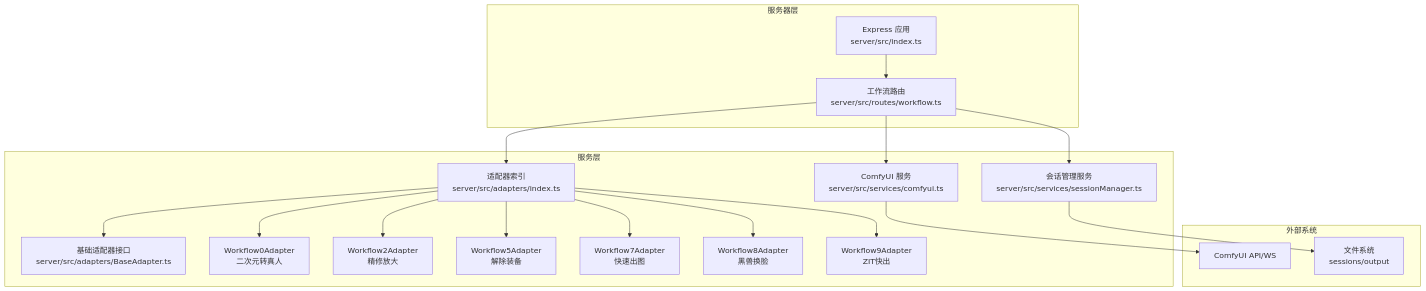
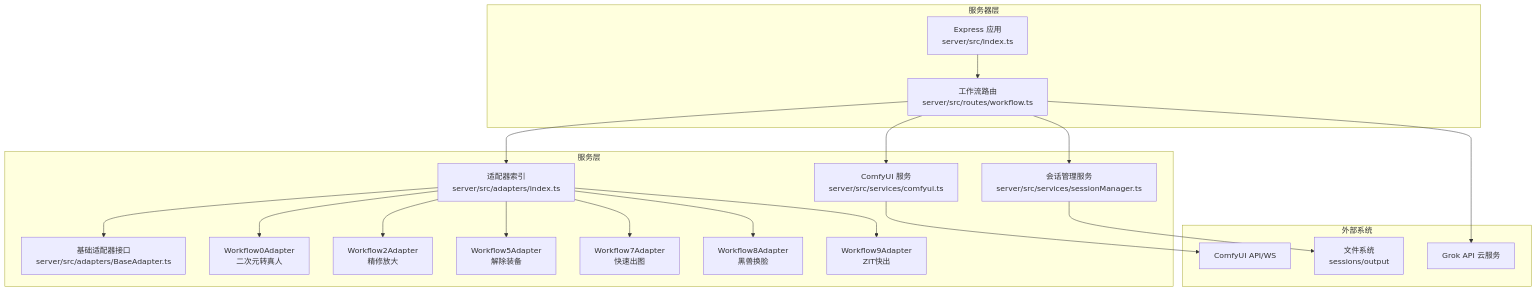
The first of 11 diagrams in .qoder/repowiki/zh/content/项目概述/技术架构概览/后端服务架构/路由系统设计/工作流路由模块.md (billye220670/CorineKit_Pix2Real), drawn with Mermaid before and after one commit. The commit also changed other lines of this file and 54 other files, not shown here.

First line of the commit message:
feat: 模型下拉菜单元数据管理（缩略图+重命名）及session mask恢复优化

````diff
--- a/.qoder/repowiki/zh/content/项目概述/技术架构概览/后端服务架构/路由系统设计/工作流路由模块.md
+++ b/.qoder/repowiki/zh/content/项目概述/技术架构概览/后端服务架构/路由系统设计/工作流路由模块.md
@@ -45,36 +54,38 @@
 ```mermaid
 graph TB
 subgraph "服务器层"
 APP["Express 应用<br/>server/src/index.ts"]
 ROUTER["工作流路由<br/>server/src/routes/workflow.ts"]
 end
 subgraph "服务层"
 ADAPTERS["适配器索引<br/>server/src/adapters/index.ts"]
 BASEADAPTER["基础适配器接口<br/>server/src/adapters/BaseAdapter.ts"]
 WF0["Workflow0Adapter<br/>二次元转真人"]
 WF2["Workflow2Adapter<br/>精修放大"]
 WF5["Workflow5Adapter<br/>解除装备"]
 WF7["Workflow7Adapter<br/>快速出图"]
 WF8["Workflow8Adapter<br/>黑兽换脸"]
 WF9["Workflow9Adapter<br/>ZIT快出"]
 COMFY["ComfyUI 服务<br/>server/src/services/comfyui.ts"]
 SESSION["会话管理服务<br/>server/src/services/sessionManager.ts"]
 end
 subgraph "外部系统"
 CUI["ComfyUI API/WS"]
 FS["文件系统<br/>sessions/output"]
+GROK["Grok API 云服务"]
 end
 APP --> ROUTER
 ROUTER --> ADAPTERS
 ADAPTERS --> BASEADAPTER
 ADAPTERS --> WF0
 ADAPTERS --> WF2
 ADAPTERS --> WF5
 ADAPTERS --> WF7
 ADAPTERS --> WF8
 ADAPTERS --> WF9
 ROUTER --> COMFY
 ROUTER --> SESSION
 COMFY --> CUI
 SESSION --> FS
+ROUTER --> GROK
 ```
````
